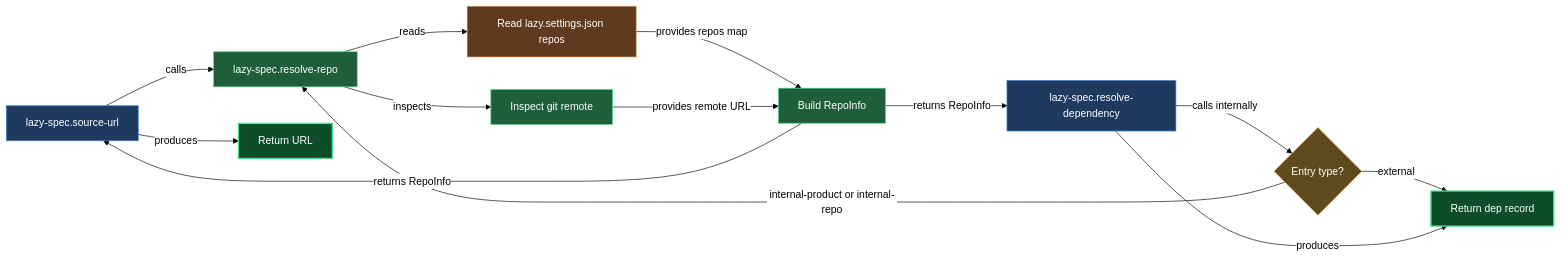
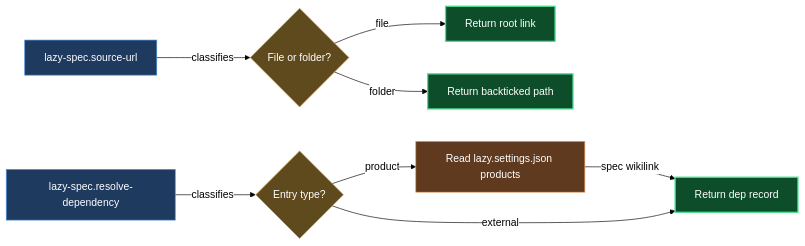
One commit to mebius-san/lazy-cortex changed the diagram in plugins/claude/lazycortex-specs/help/source-links.md. Above: the diagram before and after it, drawn with Mermaid. The commit also changed other lines of this file and 499 other files, not shown here.

Commit message:
release: core 11.0.0, diagram 2.0.3, experts 1.10.0, observe 2.2.6, obsidian 6.2.0, python 4.13.0, review 6.14.0, specs 10.0.0, wiki 3.7.0

````diff
--- a/plugins/claude/lazycortex-specs/help/source-links.md
+++ b/plugins/claude/lazycortex-specs/help/source-links.md
@@ -51,42 +50,34 @@
 ```mermaid
 %%{init: {'themeVariables':{'background':'transparent','lineColor':'#000','textColor':'#000','edgeLabelBackground':'#fff'},'themeCSS':'.edgeLabel{background-color:transparent!important}.edgeLabel p{background-color:transparent!important}','flowchart':{'diagramPadding':5,'useMaxWidth':true}}}%%
 flowchart LR
   callerSourceUrl[lazy-spec.source-url]
+  pathKind{File or folder?}
+  returnLink[Return root link]
+  returnBackticked[Return backticked path]
   callerResolveDep[lazy-spec.resolve-dependency]
-  resolveRepo[lazy-spec.resolve-repo]
-  readSettings[Read lazy.settings.json repos]
-  inspectRemote[Inspect git remote]
   entryType{Entry type?}
-  buildRepoInfo[Build RepoInfo]
-  returnUrl[Return URL]
+  readProducts[Read lazy.settings.json products]
   returnDepRecord[Return dep record]
 
-  callerSourceUrl -->|calls| resolveRepo
-  callerResolveDep -->|calls internally| entryType
-  entryType -->|internal-product or internal-repo| resolveRepo
+  callerSourceUrl -->|classifies| pathKind
+  pathKind -->|file| returnLink
+  pathKind -->|folder| returnBackticked
+  callerResolveDep -->|classifies| entryType
+  entryType -->|product| readProducts
+  readProducts -->|spec wikilink| returnDepRecord
   entryType -->|external| returnDepRecord
-  resolveRepo -->|reads| readSettings
-  resolveRepo -->|inspects| inspectRemote
-  readSettings -->|provides repos map| buildRepoInfo
-  inspectRemote -->|provides remote URL| buildRepoInfo
-  buildRepoInfo -->|returns RepoInfo| callerSourceUrl
-  callerSourceUrl -->|produces| returnUrl
-  buildRepoInfo -->|returns RepoInfo| callerResolveDep
-  callerResolveDep -->|produces| returnDepRecord
 
   classDef entry fill:#1e3a5f,stroke:#4a90e2,color:#fff
   classDef guard fill:#5f4a1e,stroke:#e2a14a,color:#fff
-  classDef action fill:#1e5f3a,stroke:#4ae290,color:#fff
   classDef success fill:#0d4d2a,stroke:#4ae290,color:#fff,stroke-width:2px
   classDef store fill:#5f3a1e,stroke:#e2904a,color:#fff
 
   class callerSourceUrl entry
   class callerResolveDep entry
+  class pathKind guard
   class entryType guard
-  class resolveRepo action
-  class readSettings store
-  class inspectRemote action
-  class buildRepoInfo action
-  class returnUrl success
+  class readProducts store
+  class returnLink success
+  class returnBackticked success
   class returnDepRecord success
 ```
````
